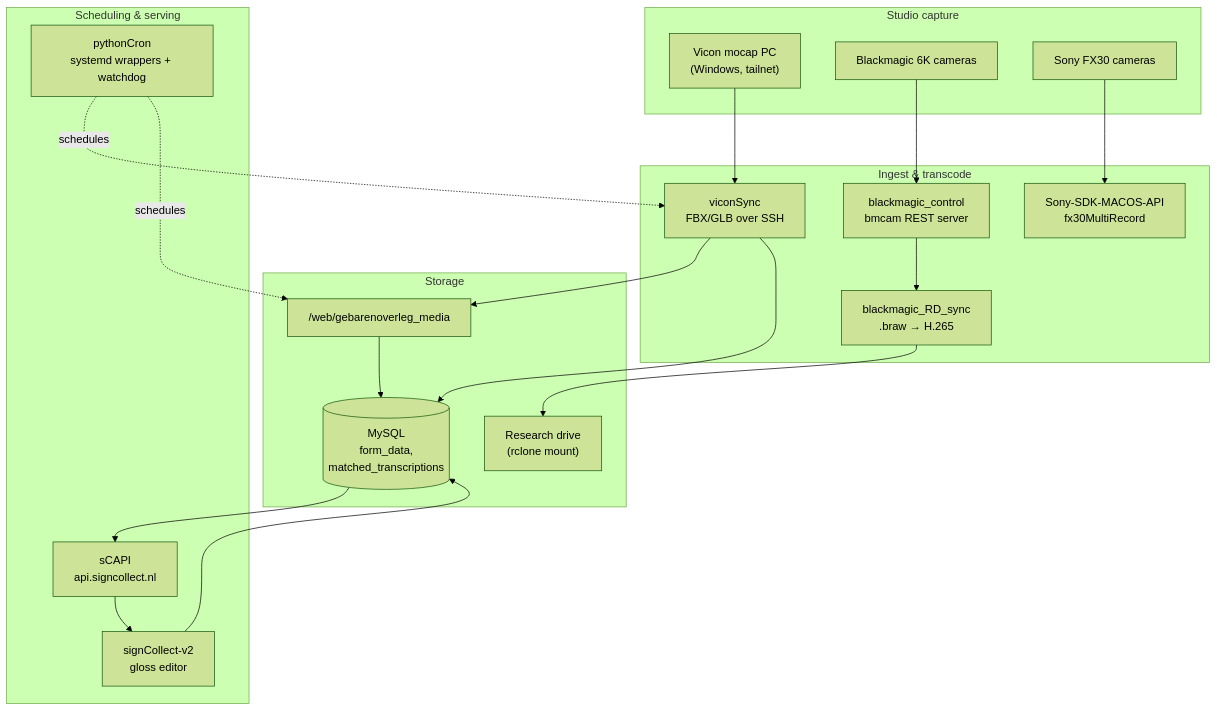
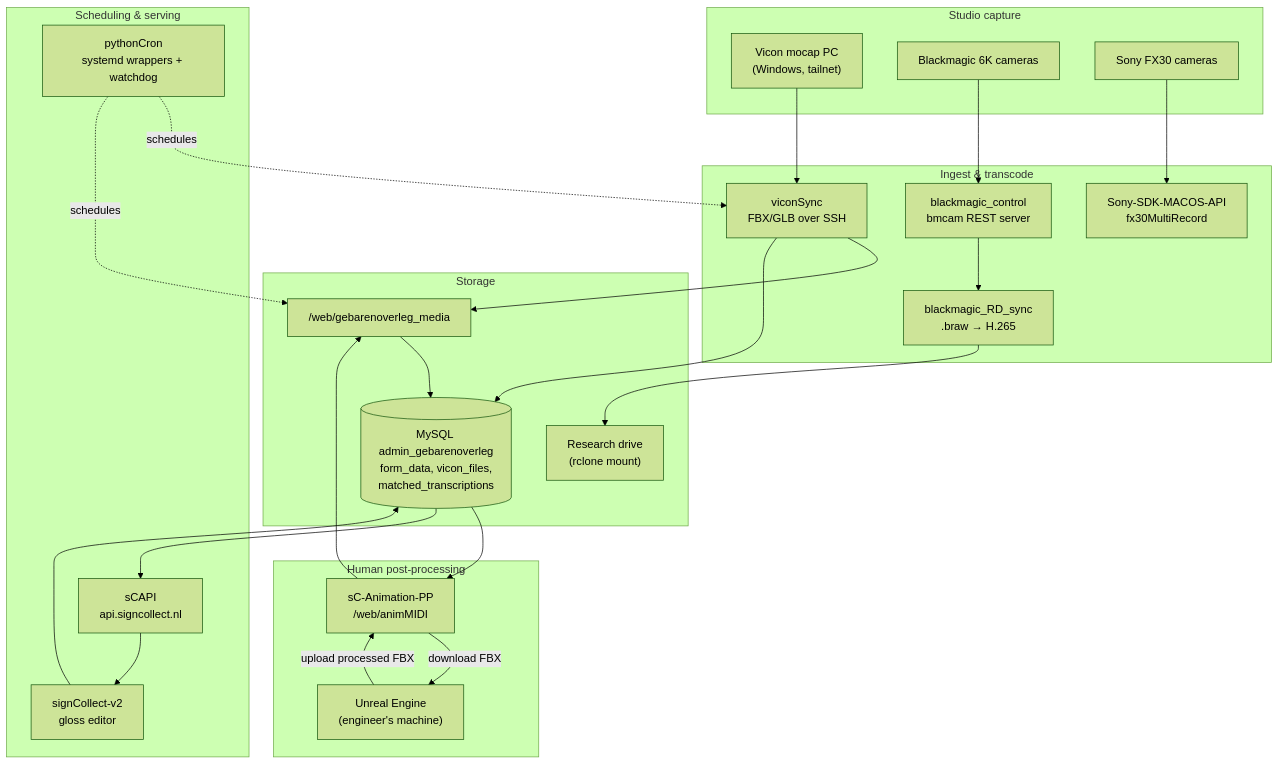
Before and after one commit to Amsterdam-Humanities-Labs/signlab_signcollect-stack: the diagram in README.md, drawn with Mermaid (forest theme). The commit also changed other lines of this file, not shown here.

First line of the commit message:
Add sC-Animation-PP and hh to the index

````diff
--- a/README.md
+++ b/README.md
@@ -31,37 +34,46 @@
 ```mermaid
 flowchart TB
     subgraph capture["Studio capture"]
         vicon["Vicon mocap PC<br/>(Windows, tailnet)"]
         bm["Blackmagic 6K cameras"]
         sony["Sony FX30 cameras"]
     end
 
     subgraph ingest["Ingest &amp; transcode"]
         vs["viconSync<br/>FBX/GLB over SSH"]
         bmc["blackmagic_control<br/>bmcam REST server"]
         rd["blackmagic_RD_sync<br/>.braw → H.265"]
         ssdk["Sony-SDK-MACOS-API<br/>fx30MultiRecord"]
     end
 
     subgraph store["Storage"]
         web["/web/gebarenoverleg_media"]
         drive["Research drive<br/>(rclone mount)"]
-        db[("MySQL<br/>form_data,<br/>matched_transcriptions")]
+        db[("MySQL admin_gebarenoverleg<br/>form_data, vicon_files,<br/>matched_transcriptions")]
+    end
+
+    subgraph post["Human post-processing"]
+        app["sC-Animation-PP<br/>/web/animMIDI"]
+        ue["Unreal Engine<br/>(engineer's machine)"]
     end
 
     subgraph serve["Scheduling &amp; serving"]
         cron["pythonCron<br/>systemd wrappers + watchdog"]
         api["sCAPI<br/>api.signcollect.nl"]
         ui["signCollect-v2<br/>gloss editor"]
     end
 
     vicon --> vs --> web
     bm --> bmc --> rd --> drive
     sony --> ssdk
     vs --> db
     cron -.schedules.-> vs
     cron -.schedules.-> web
     web --> db
+    db --> app
+    app -- "download FBX" --> ue
+    ue -- "upload processed FBX" --> app
+    app --> web
     db --> api --> ui
     ui --> db
 ```
````
